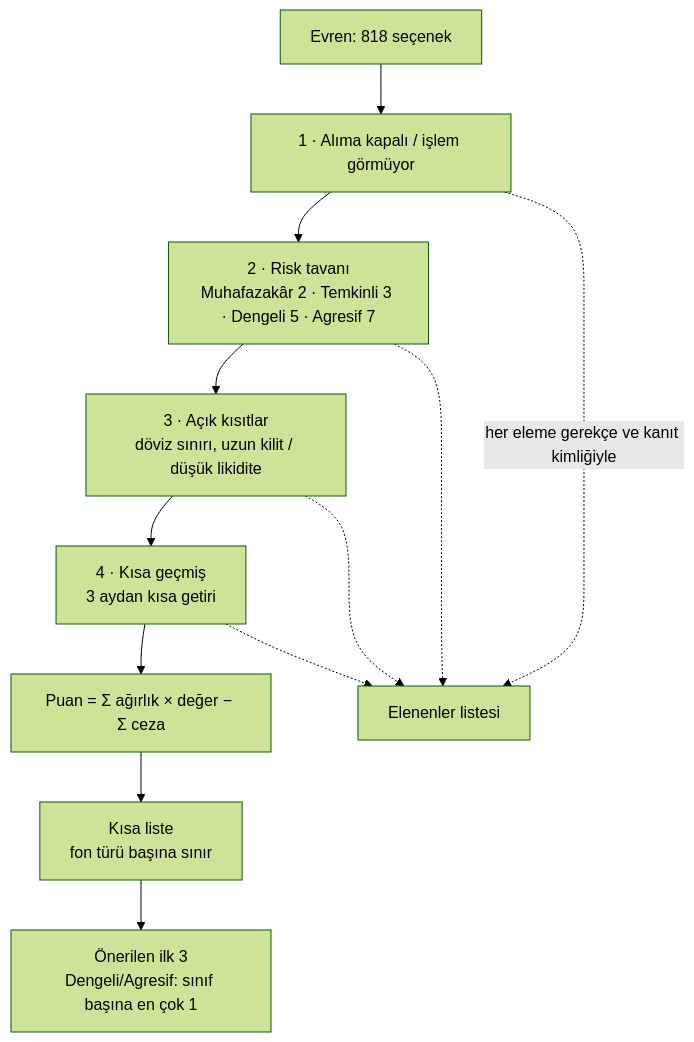
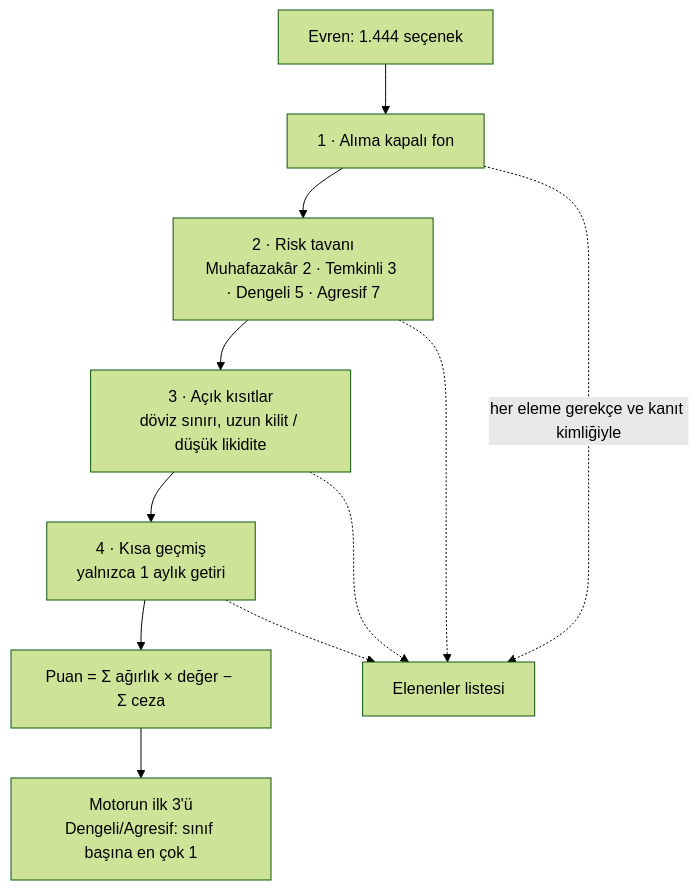
Before and after one commit to ArdahanDogru/ing-hackathon-rm-prep: the second of 6 diagrams in README.md, drawn with Mermaid (forest theme). The commit also changed other lines of this file, not shown here.

````diff
--- a/README.md
+++ b/README.md
@@ -95,14 +161,13 @@
 ```mermaid
 flowchart TB
-    U["Evren: 818 seçenek"] --> R1["1 · Alıma kapalı / işlem görmüyor"]
+    U["Evren: 1.444 seçenek"] --> R1["1 · Alıma kapalı fon"]
     R1 --> R2["2 · Risk tavanı<br/>Muhafazakâr 2 · Temkinli 3 · Dengeli 5 · Agresif 7"]
     R2 --> R3["3 · Açık kısıtlar<br/>döviz sınırı, uzun kilit / düşük likidite"]
-    R3 --> R4["4 · Kısa geçmiş<br/>3 aydan kısa getiri"]
+    R3 --> R4["4 · Kısa geçmiş<br/>yalnızca 1 aylık getiri"]
     R4 --> S["Puan = Σ ağırlık × değer − Σ ceza"]
-    S --> L["Kısa liste<br/>fon türü başına sınır"]
-    L --> T["Önerilen ilk 3<br/>Dengeli/Agresif: sınıf başına en çok 1"]
+    S --> T["Motorun ilk 3'ü<br/>Dengeli/Agresif: sınıf başına en çok 1"]
     R1 -. "her eleme gerekçe ve kanıt kimliğiyle" .-> X["Elenenler listesi"]
     R2 -.-> X
     R3 -.-> X
     R4 -.-> X
 ```
````
